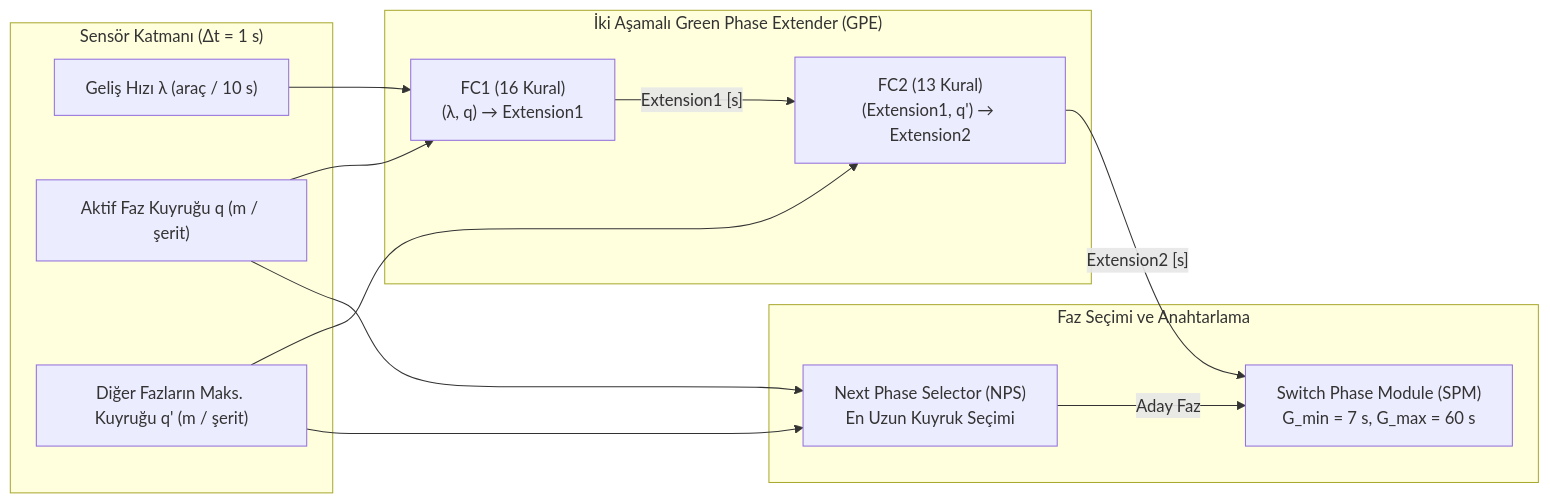
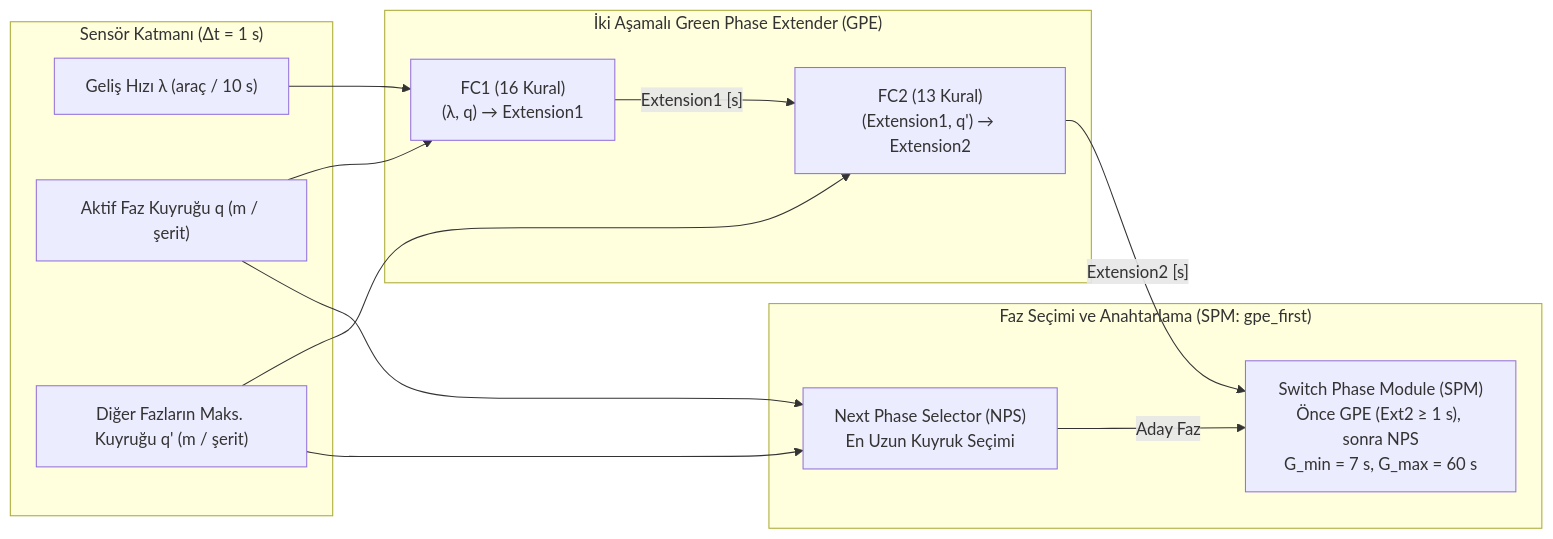
Before and after one commit to iscanliomerfaruk/osfi-traffic-signal-control: the diagram in README.md, drawn with Mermaid. The commit also changed other lines of this file and 2 other files, not shown here.

````diff
--- a/README.md
+++ b/README.md
@@ -37,27 +66,27 @@
 ```mermaid
 flowchart LR
     subgraph Sensors["Sensör Katmanı (Δt = 1 s)"]
         lam["Geliş Hızı λ (araç / 10 s)"]
         qcur["Aktif Faz Kuyruğu q (m / şerit)"]
         qoth["Diğer Fazların Maks. Kuyruğu q' (m / şerit)"]
     end
 
     subgraph GPE["İki Aşamalı Green Phase Extender (GPE)"]
         fc1["FC1 (16 Kural)<br/>(λ, q) → Extension1"]
         fc2["FC2 (13 Kural)<br/>(Extension1, q') → Extension2"]
     end
 
-    subgraph Control["Faz Seçimi ve Anahtarlama"]
+    subgraph Control["Faz Seçimi ve Anahtarlama (SPM: gpe_first)"]
         nps["Next Phase Selector (NPS)<br/>En Uzun Kuyruk Seçimi"]
-        spm["Switch Phase Module (SPM)<br/>G_min = 7 s, G_max = 60 s"]
+        spm["Switch Phase Module (SPM)<br/>Önce GPE (Ext2 ≥ 1 s), sonra NPS<br/>G_min = 7 s, G_max = 60 s"]
     end
 
     lam --> fc1
     qcur --> fc1
     fc1 -->|"Extension1 [s]"| fc2
     qoth --> fc2
     qcur --> nps
     qoth --> nps
     nps -->|"Aday Faz"| spm
     fc2 -->|"Extension2 [s]"| spm
 ```
````
